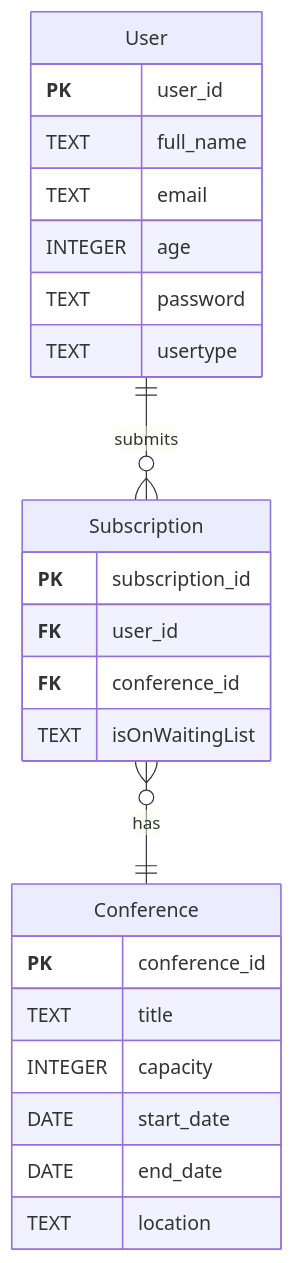
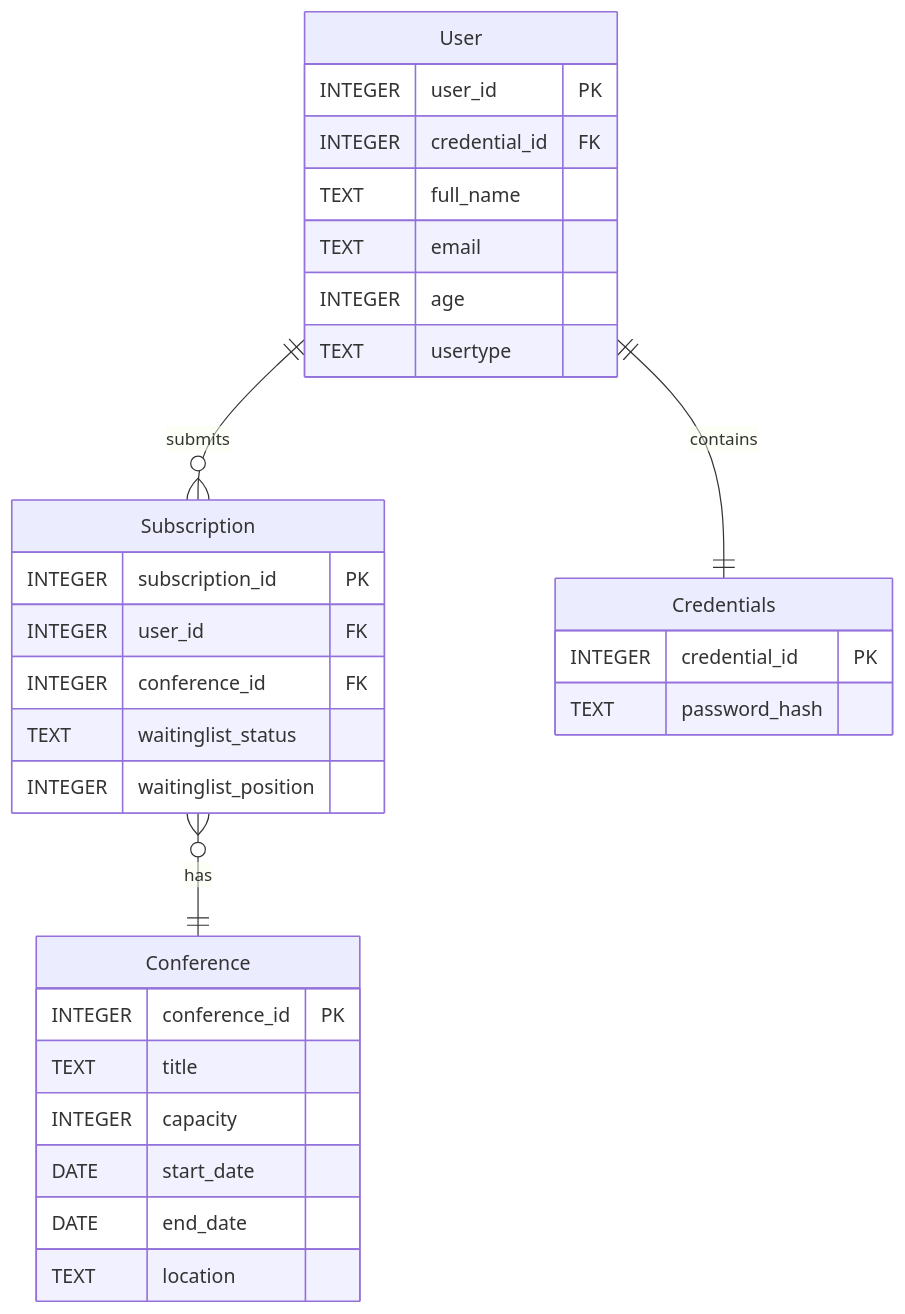
One commit to m-bernardin/Patterns-LIA changed the diagram in deliverable1.md. Above: the diagram before and after it, drawn with Mermaid.

````diff
--- a/deliverable1.md
+++ b/deliverable1.md
@@ -84,32 +84,38 @@
 ```mermaid
 erDiagram
 
     User ||--O{ Subscription : submits
     Subscription }O--|| Conference : has
+    User ||--|| Credentials : contains
+
+    Credentials {
+        INTEGER credential_id PK
+        TEXT password_hash
+    }
 
     User {
-        **PK** user_id
+        INTEGER user_id PK
+        INTEGER credential_id FK
         TEXT full_name
         TEXT email
         INTEGER age
-        TEXT password
         TEXT usertype
-        
     }
 
     Subscription {
-        **PK** subscription_id
-        **FK** user_id
-        **FK** conference_id
-        TEXT isOnWaitingList
+        INTEGER subscription_id PK
+        INTEGER user_id FK
+        INTEGER conference_id FK
+        TEXT waitinglist_status
+        INTEGER waitinglist_position
     }
 
     Conference {
-        **PK** conference_id
+        INTEGER conference_id PK
         TEXT title
         INTEGER capacity
         DATE start_date
         DATE end_date
         TEXT location
     }
 ```
````
